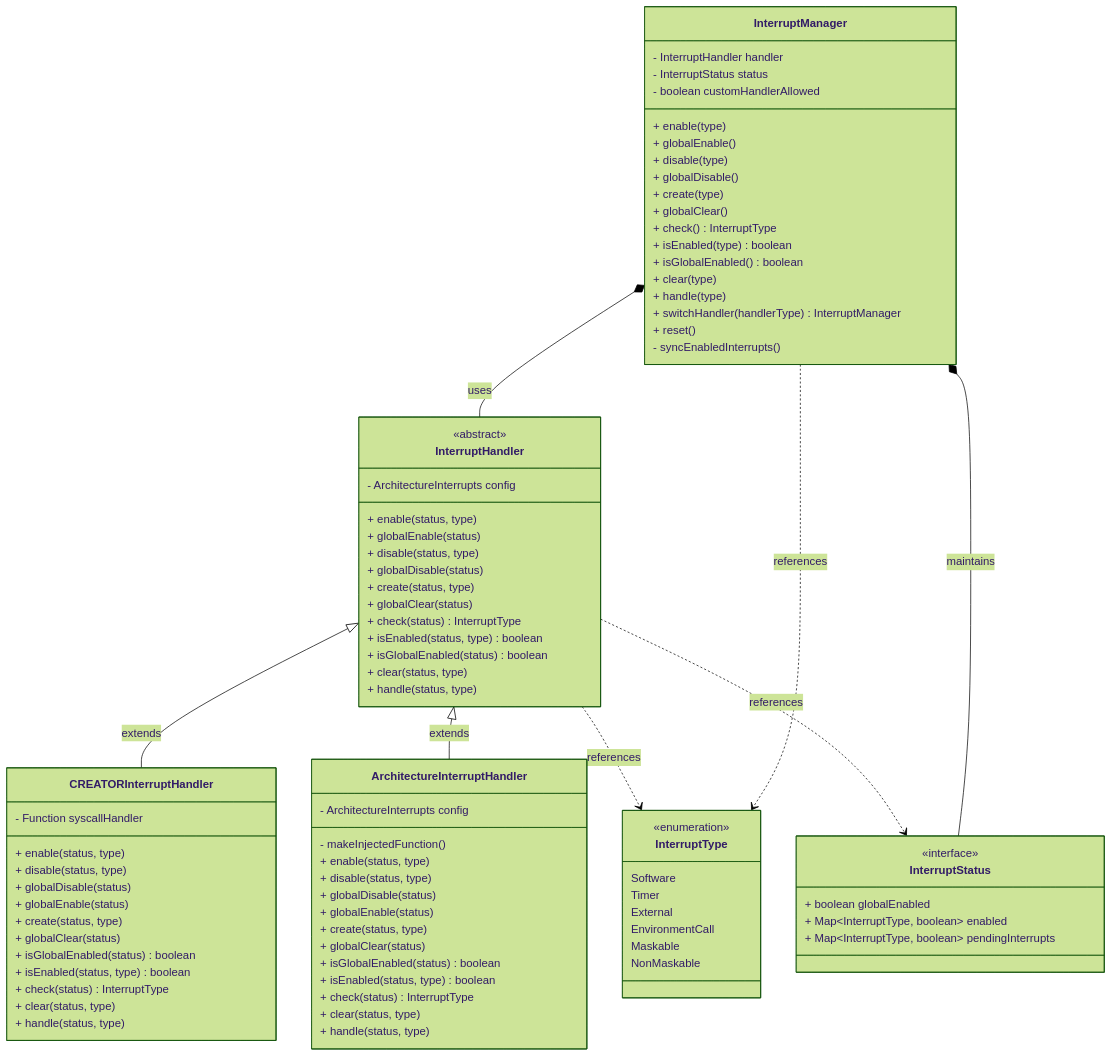
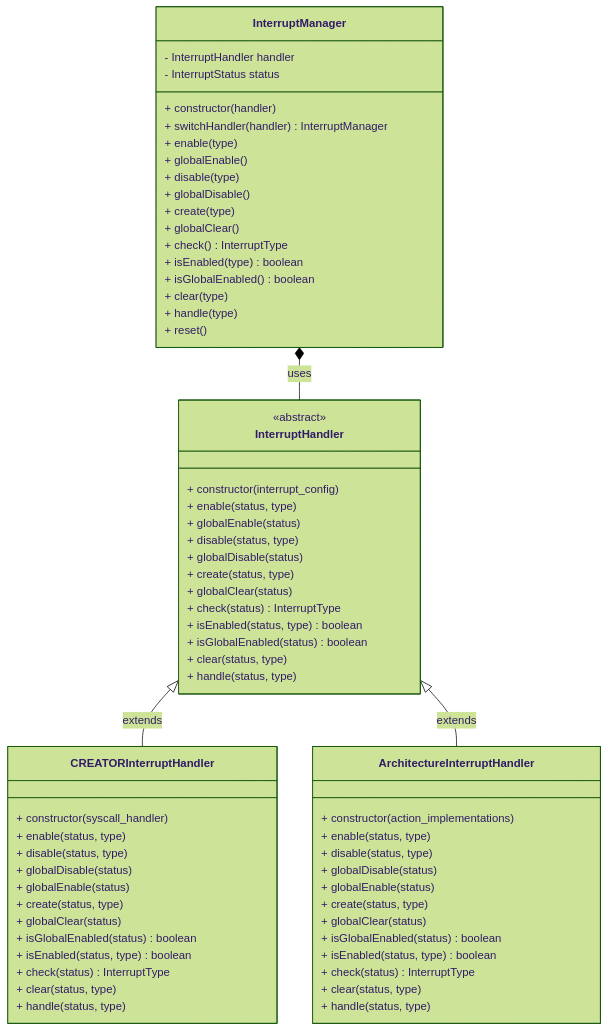
One commit to ldcas-uc3m/TFM changed the diagram in diagrams/architecture/interrupts.mmd. Above: the diagram before and after it, drawn with Mermaid (forest theme). The commit also changed 2 other files, not shown here.

```diff
--- a/diagrams/architecture/interrupts.mmd
+++ b/diagrams/architecture/interrupts.mmd
@@ -1,95 +1,99 @@
 classDiagram
     direction TB
 
-    class InterruptType {
-        <<enumeration>>
-        Software
-        Timer
-        External
-        EnvironmentCall
-        Maskable
-        NonMaskable
-    }
+    %% class InterruptType {
+    %%     <<enumeration>>
+    %%     Software
+    %%     Timer
+    %%     External
+    %%     EnvironmentCall
+    %%     Maskable
+    %%     NonMaskable
+    %% }
 
-    class InterruptStatus {
-        <<interface>>
-        + boolean globalEnabled
-        + Map~InterruptType, boolean~ enabled
-        + Map~InterruptType, boolean~ pendingInterrupts
-    }
+    %% class InterruptStatus {
+    %%     <<interface>>
+    %%     + boolean globalEnabled
+    %%     + Map~InterruptType, boolean~ enabled
+    %%     + Map~InterruptType, boolean~ pendingInterrupts
+    %% }
 
     class InterruptHandler {
         <<abstract>>
-        - ArchitectureInterrupts config
+        %% - ArchitectureInterrupts config
+        + constructor(interrupt_config)
         + enable(status, type)
         + globalEnable(status)
         + disable(status, type)
         + globalDisable(status)
         + create(status, type)
         + globalClear(status)
         + check(status) InterruptType
         + isEnabled(status, type) boolean
         + isGlobalEnabled(status) boolean
         + clear(status, type)
         + handle(status, type)
     }
 
     class CREATORInterruptHandler {
-        - Function syscallHandler
+        %% - Function syscallHandler
+        + constructor(syscall_handler)
         + enable(status, type)
         + disable(status, type)
         + globalDisable(status)
         + globalEnable(status)
         + create(status, type)
         + globalClear(status)
         + isGlobalEnabled(status) boolean
         + isEnabled(status, type) boolean
         + check(status) InterruptType
         + clear(status, type)
         + handle(status, type)
     }
 
     class ArchitectureInterruptHandler {
-        - ArchitectureInterrupts config
-        - makeInjectedFunction()
+        %% - ArchitectureInterrupts config
+        %% - makeInjectedFunction()
+        + constructor(action_implementations)
         + enable(status, type)
         + disable(status, type)
         + globalDisable(status)
         + globalEnable(status)
         + create(status, type)
         + globalClear(status)
         + isGlobalEnabled(status) boolean
         + isEnabled(status, type) boolean
         + check(status) InterruptType
         + clear(status, type)
         + handle(status, type)
     }
 
     class InterruptManager {
         - InterruptHandler handler
         - InterruptStatus status
-        - boolean customHandlerAllowed
+        %% - boolean customHandlerAllowed
+        + constructor(handler)
+        + switchHandler(handler) InterruptManager
         + enable(type)
         + globalEnable()
         + disable(type)
         + globalDisable()
         + create(type)
         + globalClear()
         + check() InterruptType
         + isEnabled(type) boolean
         + isGlobalEnabled() boolean
         + clear(type)
         + handle(type)
-        + switchHandler(handlerType) InterruptManager
         + reset()
-        - syncEnabledInterrupts()
+        %% - syncEnabledInterrupts()
     }
 
     %% Relationships
     InterruptHandler <|-- CREATORInterruptHandler : extends
     InterruptHandler <|-- ArchitectureInterruptHandler : extends
     InterruptManager *-- InterruptHandler : uses
-    InterruptManager *-- InterruptStatus : maintains
-    InterruptManager ..> InterruptType : references
-    InterruptHandler ..> InterruptType : references
-    InterruptHandler ..> InterruptStatus : references
+    %% InterruptManager *-- InterruptStatus : maintains
+    %% InterruptManager ..> InterruptType : references
+    %% InterruptHandler ..> InterruptType : references
+    %% InterruptHandler ..> InterruptStatus : references
```
